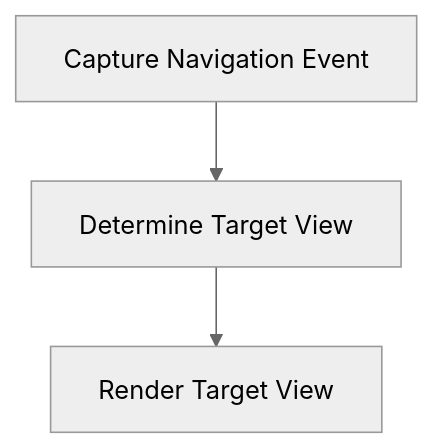
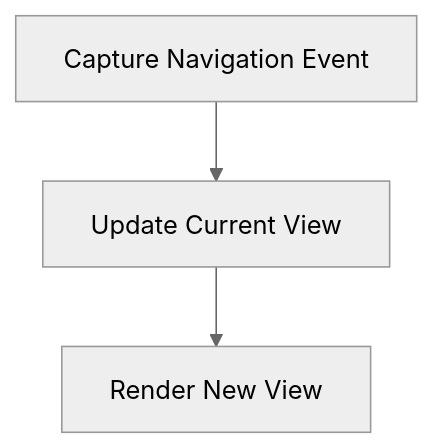
The diagram in docs/workflows/navigation.md (mmethodz/dreamgraph), drawn with Mermaid (neutral theme) before and after one commit. The commit also changed other lines of this file and 238 other files, not shown here.

````diff
--- a/docs/workflows/navigation.md
+++ b/docs/workflows/navigation.md
@@ -10,8 +10,8 @@
 ```mermaid
 flowchart TD
     S1["Capture Navigation Event"]
-    S2["Determine Target View"]
+    S2["Update Current View"]
     S1 --> S2
-    S3["Render Target View"]
+    S3["Render New View"]
     S2 --> S3
 ```
````
